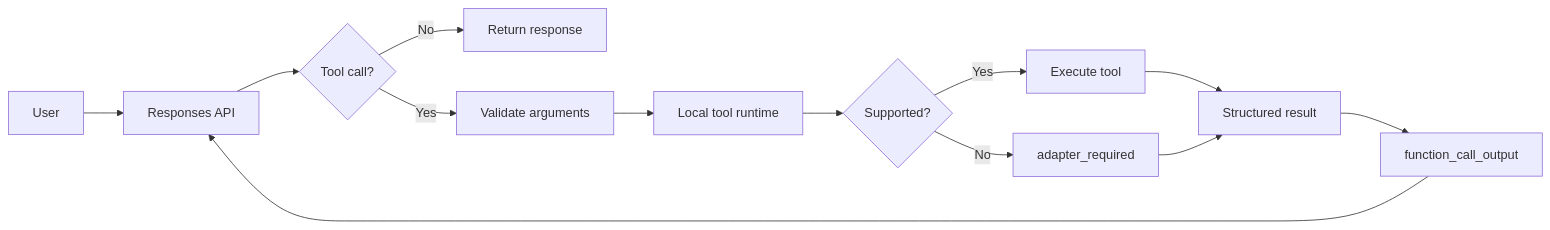
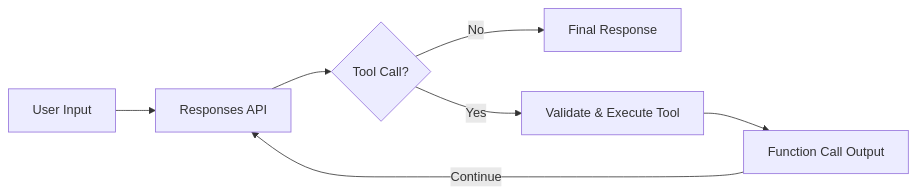
One commit to ygmrs/artificial-intelligence changed the diagram in README.md. Above: the diagram before and after it, drawn with Mermaid.

Commit message:
Modernize AI assistant architecture and repository structure

````diff
--- a/README.md
+++ b/README.md
@@ -23,20 +23,11 @@
 ```mermaid
 flowchart LR
-    A["User"] --> B["Responses API"]
-    B --> C{"Tool call?"}
+    A["User Input"] --> B["Responses API"]
+    B --> C{"Tool Call?"}
 
-    C -- No --> D["Return response"]
+    C -- "No" --> D["Final Response"]
+    C -- "Yes" --> E["Validate & Execute Tool"]
 
-    C -- Yes --> E["Validate arguments"]
-    E --> F["Local tool runtime"]
-    F --> G{"Supported?"}
-
-    G -- Yes --> H["Execute tool"]
-    G -- No --> I["adapter_required"]
-
-    H --> J["Structured result"]
-    I --> J
-
-    J --> K["function_call_output"]
-    K --> B
+    E --> F["Function Call Output"]
+    F -->|"Continue"| B
 ```
````
